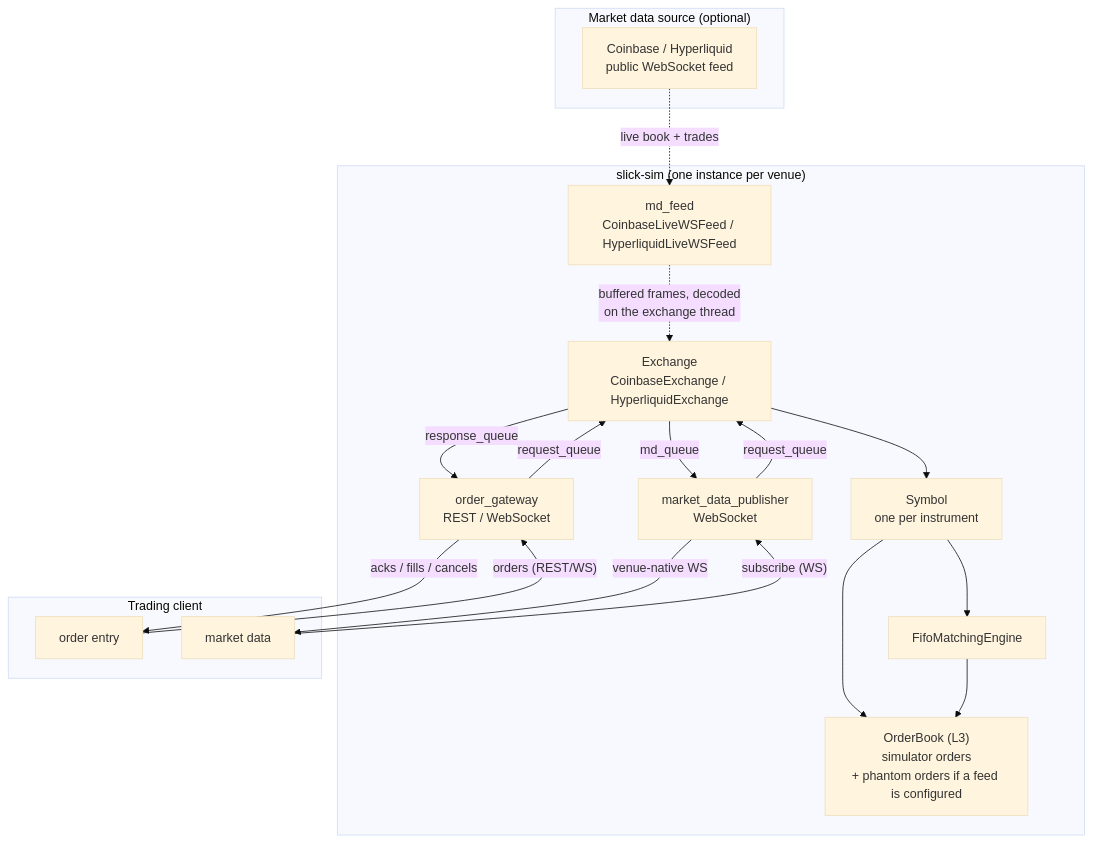
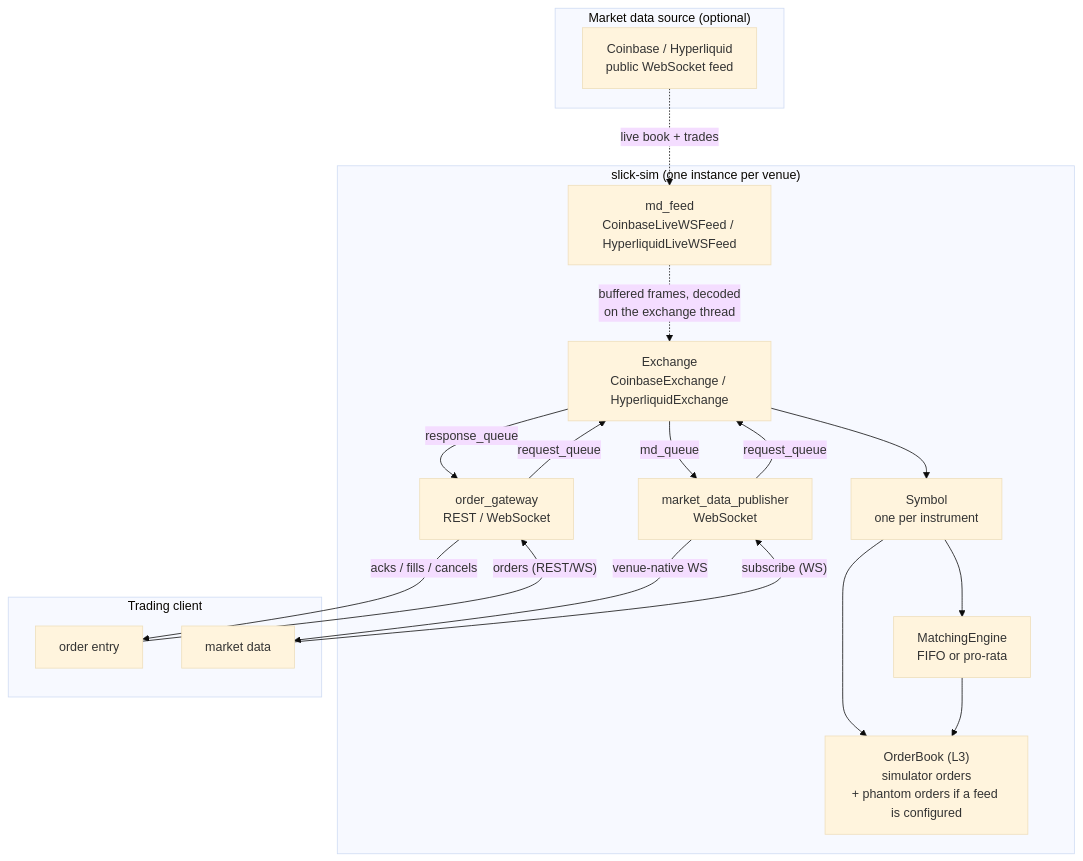
Before and after one commit to SlickQuant/slick-sim: the first of 2 diagrams in docs/architecture.md, drawn with Mermaid (base theme). The commit also changed other lines of this file and 30 other files, not shown here.

Commit message:
Add pro-rata matching engine; fix unclosed events on non-resting orders

````diff
--- a/docs/architecture.md
+++ b/docs/architecture.md
@@ -85,38 +86,38 @@
 ```mermaid
 flowchart TB
     subgraph upstream["Market data source (optional)"]
         RE["Coinbase / Hyperliquid<br/>public WebSocket feed"]
     end
 
     subgraph sim["slick-sim (one instance per venue)"]
         FEED["md_feed<br/>CoinbaseLiveWSFeed / HyperliquidLiveWSFeed"]
         EX["Exchange<br/>CoinbaseExchange / HyperliquidExchange"]
         SYM["Symbol<br/>one per instrument"]
         BOOK["OrderBook (L3)<br/>simulator orders<br/>+ phantom orders if a feed is configured"]
-        ME["FifoMatchingEngine"]
+        ME["MatchingEngine<br/>FIFO or pro-rata"]
         OG["order_gateway<br/>REST / WebSocket"]
         MDP["market_data_publisher<br/>WebSocket"]
     end
 
     subgraph client["Trading client"]
         CO["order entry"]
         CM["market data"]
     end
 
     RE -.->|"live book + trades"| FEED
     FEED -.->|"buffered frames, decoded<br/>on the exchange thread"| EX
     EX --> SYM
     SYM --> BOOK
     SYM --> ME
     ME --> BOOK
 
     CO -->|"orders (REST/WS)"| OG
     OG -->|"request_queue"| EX
     EX -->|"response_queue"| OG
     OG -->|"acks / fills / cancels"| CO
 
     CM -->|"subscribe (WS)"| MDP
     MDP -->|"request_queue"| EX
     EX -->|"md_queue"| MDP
     MDP -->|"venue-native WS"| CM
 ```
````
